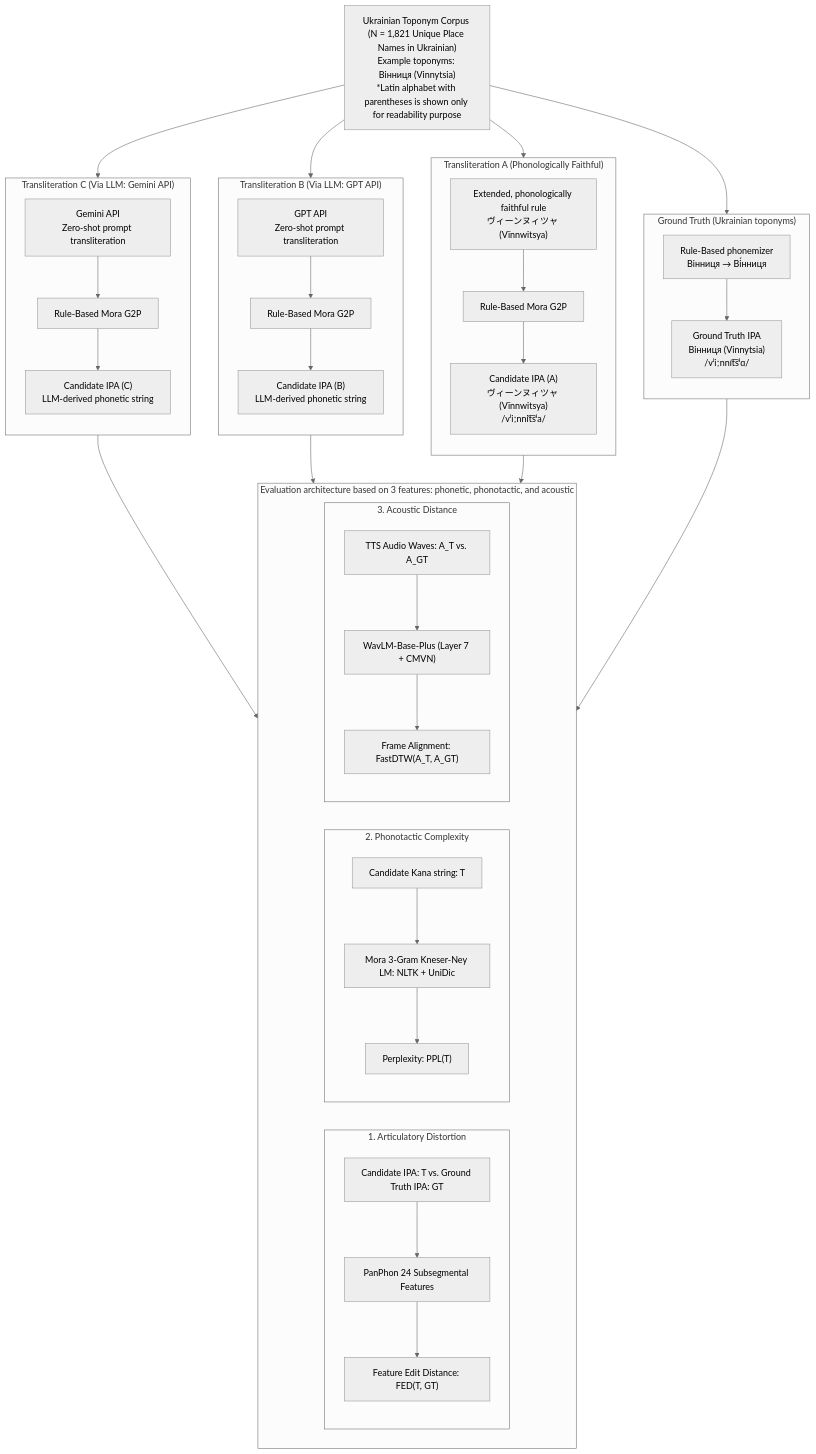
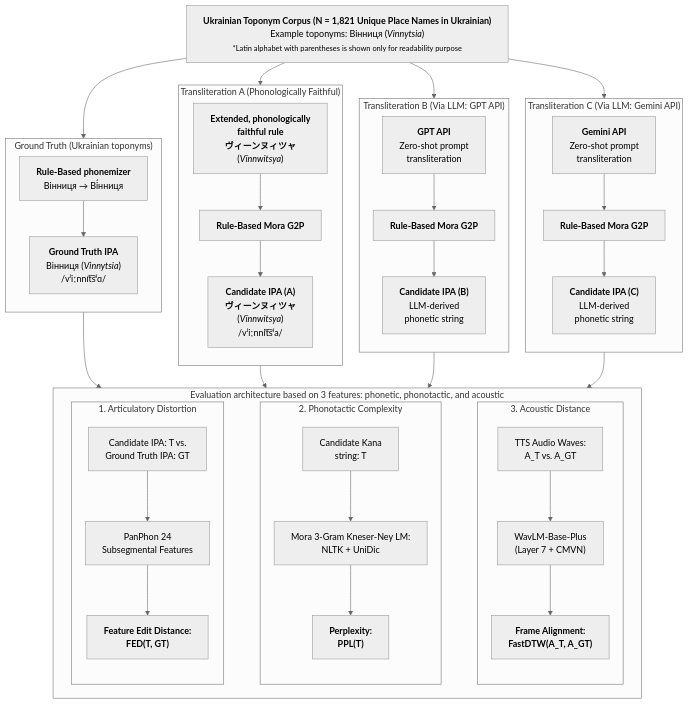
One commit to katsufu/ukrainian-toponym-japanese-transliteration changed the diagram in README.md. Above: the diagram before and after it, drawn with Mermaid (neutral theme). The commit also changed 1 other file, not shown here.

Commit message:
fix(docs): fix Mermaid flowchart layout in README.md and edge label syntax in preprocessing/README.md

````diff
--- a/README.md
+++ b/README.md
@@ -28,72 +28,75 @@
 ```mermaid
+%%{init: {'flowchart': {'wrappingWidth': 650, 'nodeSpacing': 30, 'rankSpacing': 40}}}%%
 flowchart TD
-    TOP["Ukrainian Toponym Corpus (N = 1,821 Unique Place Names in Ukrainian)\nExample toponyms: Вінниця (Vinnytsia)\n*Latin alphabet with parentheses is shown only for readability purpose"]
+    TOP["<b>Ukrainian Toponym Corpus (N = 1,821 Unique Place Names in Ukrainian)</b><br/>Example toponyms: Вінниця (<i>Vinnytsia</i>)<br/><small>*Latin alphabet with parentheses is shown only for readability purpose</small>"]
 
     subgraph COL1 ["Ground Truth (Ukrainian toponyms)"]
         direction TB
-        C1_S1["Rule-Based phonemizer\nВінниця → Ві́нниця"]
-        C1_S2["Ground Truth IPA\nВінниця (Vinnytsia)\n/vʲiːnnɪt͡sʲɑ/"]
+        C1_S1["<b>Rule-Based phonemizer</b><br/>Вінниця → Ві́нниця"]
+        C1_S2["<b>Ground Truth IPA</b><br/>Вінниця (<i>Vinnytsia</i>)<br/>/vʲiːnnɪt͡sʲɑ/"]
         C1_S1 --> C1_S2
     end
 
     subgraph COL2 ["Transliteration A (Phonologically Faithful)"]
         direction TB
-        C2_S1["Extended, phonologically faithful rule\nヴィーンヌィツャ (Vīnnwitsya)"]
-        C2_S2["Rule-Based Mora G2P"]
-        C2_S3["Candidate IPA (A)\nヴィーンヌィツャ (Vīnnwitsya)\n/vʲiːnnit͡sʲa/"]
+        C2_S1["<b>Extended, phonologically<br/>faithful rule</b><br/><b>ヴィーンヌィツャ</b><br/>(<i>Vīnnwitsya</i>)"]
+        C2_S2["<b>Rule-Based Mora G2P</b>"]
+        C2_S3["<b>Candidate IPA (A)</b><br/><b>ヴィーンヌィツャ</b><br/>(<i>Vīnnwitsya</i>)<br/>/vʲiːnnit͡sʲa/"]
         C2_S1 --> C2_S2 --> C2_S3
     end
 
     subgraph COL3 ["Transliteration B (Via LLM: GPT API)"]
         direction TB
-        C3_S1["GPT API\nZero-shot prompt transliteration"]
-        C3_S2["Rule-Based Mora G2P"]
-        C3_S3["Candidate IPA (B)\nLLM-derived phonetic string"]
+        C3_S1["<b>GPT API</b><br/>Zero-shot prompt<br/>transliteration"]
+        C3_S2["<b>Rule-Based Mora G2P</b>"]
+        C3_S3["<b>Candidate IPA (B)</b><br/>LLM-derived<br/>phonetic string"]
         C3_S1 --> C3_S2 --> C3_S3
     end
 
     subgraph COL4 ["Transliteration C (Via LLM: Gemini API)"]
         direction TB
-        C4_S1["Gemini API\nZero-shot prompt transliteration"]
-        C4_S2["Rule-Based Mora G2P"]
-        C4_S3["Candidate IPA (C)\nLLM-derived phonetic string"]
+        C4_S1["<b>Gemini API</b><br/>Zero-shot prompt<br/>transliteration"]
+        C4_S2["<b>Rule-Based Mora G2P</b>"]
+        C4_S3["<b>Candidate IPA (C)</b><br/>LLM-derived<br/>phonetic string"]
         C4_S1 --> C4_S2 --> C4_S3
     end
 
     subgraph EVAL ["Evaluation architecture based on 3 features: phonetic, phonotactic, and acoustic"]
         direction LR
         subgraph E1 ["1. Articulatory Distortion"]
             direction TB
-            E1_S1["Candidate IPA: T vs. Ground Truth IPA: GT"]
-            E1_S2["PanPhon 24 Subsegmental Features"]
-            E1_S3["Feature Edit Distance: FED(T, GT)"]
+            E1_S1["Candidate IPA: T vs.<br/>Ground Truth IPA: GT"]
+            E1_S2["PanPhon 24<br/>Subsegmental Features"]
+            E1_S3["<b>Feature Edit Distance:<br/>FED(T, GT)</b>"]
             E1_S1 --> E1_S2 --> E1_S3
         end
 
         subgraph E2 ["2. Phonotactic Complexity"]
             direction TB
-            E2_S1["Candidate Kana string: T"]
-            E2_S2["Mora 3-Gram Kneser-Ney LM: NLTK + UniDic"]
-            E2_S3["Perplexity: PPL(T)"]
+            E2_S1["Candidate Kana<br/>string: T"]
+            E2_S2["Mora 3-Gram Kneser-Ney LM:<br/>NLTK + UniDic"]
+            E2_S3["<b>Perplexity:<br/>PPL(T)</b>"]
             E2_S1 --> E2_S2 --> E2_S3
         end
 
         subgraph E3 ["3. Acoustic Distance"]
             direction TB
-            E3_S1["TTS Audio Waves: A_T vs. A_GT"]
-            E3_S2["WavLM-Base-Plus (Layer 7 + CMVN)"]
-            E3_S3["Frame Alignment: FastDTW(A_T, A_GT)"]
+            E3_S1["TTS Audio Waves:<br/>A_T vs. A_GT"]
+            E3_S2["WavLM-Base-Plus<br/>(Layer 7 + CMVN)"]
+            E3_S3["<b>Frame Alignment:<br/>FastDTW(A_T, A_GT)</b>"]
             E3_S1 --> E3_S2 --> E3_S3
         end
+
+        E1 ~~~ E2 ~~~ E3
     end
 
-    TOP --> C1_S1
-    TOP --> C2_S1
-    TOP --> C3_S1
-    TOP --> C4_S1
+    TOP --> COL1
+    TOP --> COL2
+    TOP --> COL3
+    TOP --> COL4
 
-    C1_S2 --> EVAL
-    C2_S3 --> EVAL
-    C3_S3 --> EVAL
-    C4_S3 --> EVAL
+    COL1 --> EVAL
+    COL2 --> EVAL
+    COL3 --> EVAL
+    COL4 --> EVAL
 ```
````
